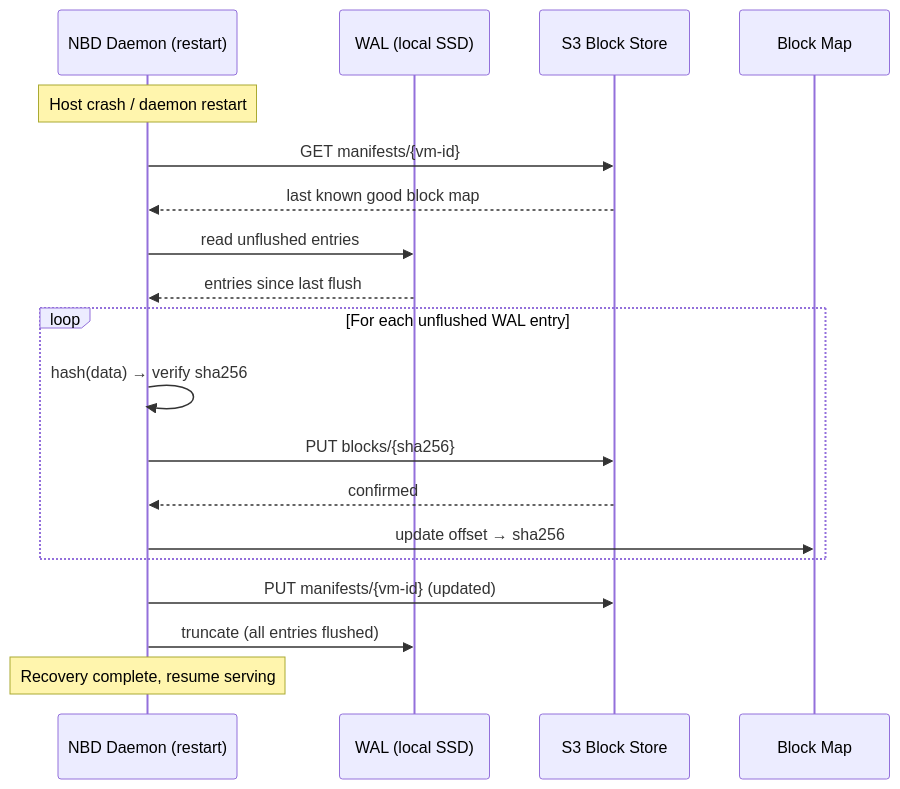
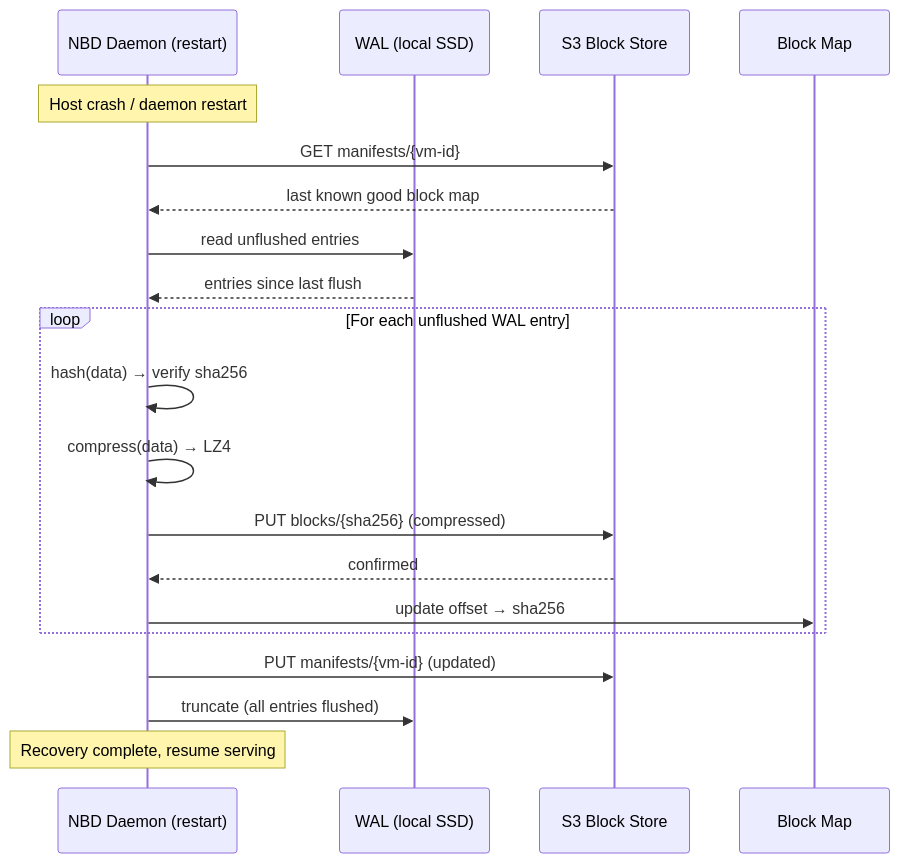
One commit to paraglidehq/glidefs changed the ninth of 14 diagrams in GLIDEv2.md. Above: the diagram before and after it, drawn with Mermaid. The commit also changed other lines of this file, not shown here.

````diff
--- a/GLIDEv2.md
+++ b/GLIDEv2.md
@@ -278,24 +401,25 @@
 ```mermaid
 sequenceDiagram
     participant D as NBD Daemon (restart)
     participant WAL as WAL (local SSD)
     participant S3 as S3 Block Store
     participant M as Block Map
 
     Note over D: Host crash / daemon restart
     D->>S3: GET manifests/{vm-id}
     S3-->>D: last known good block map
     D->>WAL: read unflushed entries
     WAL-->>D: entries since last flush
 
     loop For each unflushed WAL entry
         D->>D: hash(data) → verify sha256
-        D->>S3: PUT blocks/{sha256}
+        D->>D: compress(data) → LZ4
+        D->>S3: PUT blocks/{sha256} (compressed)
         S3-->>D: confirmed
         D->>M: update offset → sha256
     end
 
     D->>S3: PUT manifests/{vm-id} (updated)
     D->>WAL: truncate (all entries flushed)
     Note over D: Recovery complete, resume serving
 ```
````
